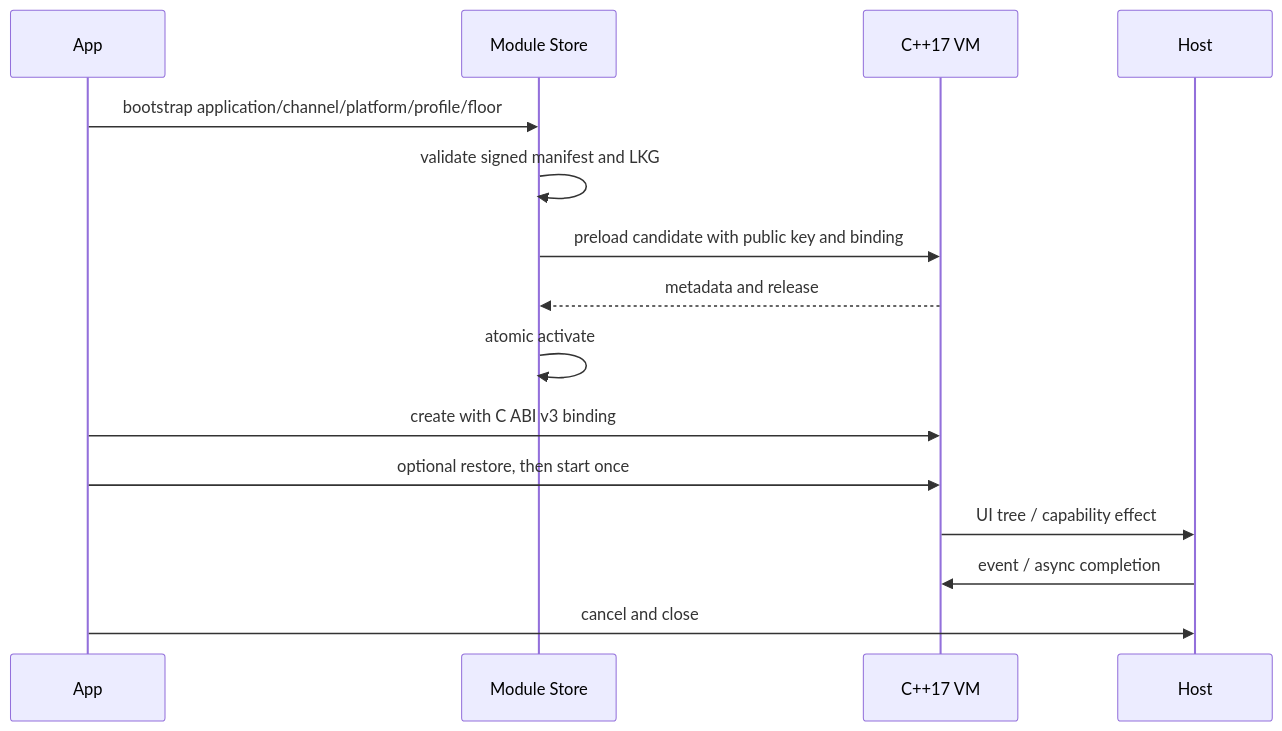
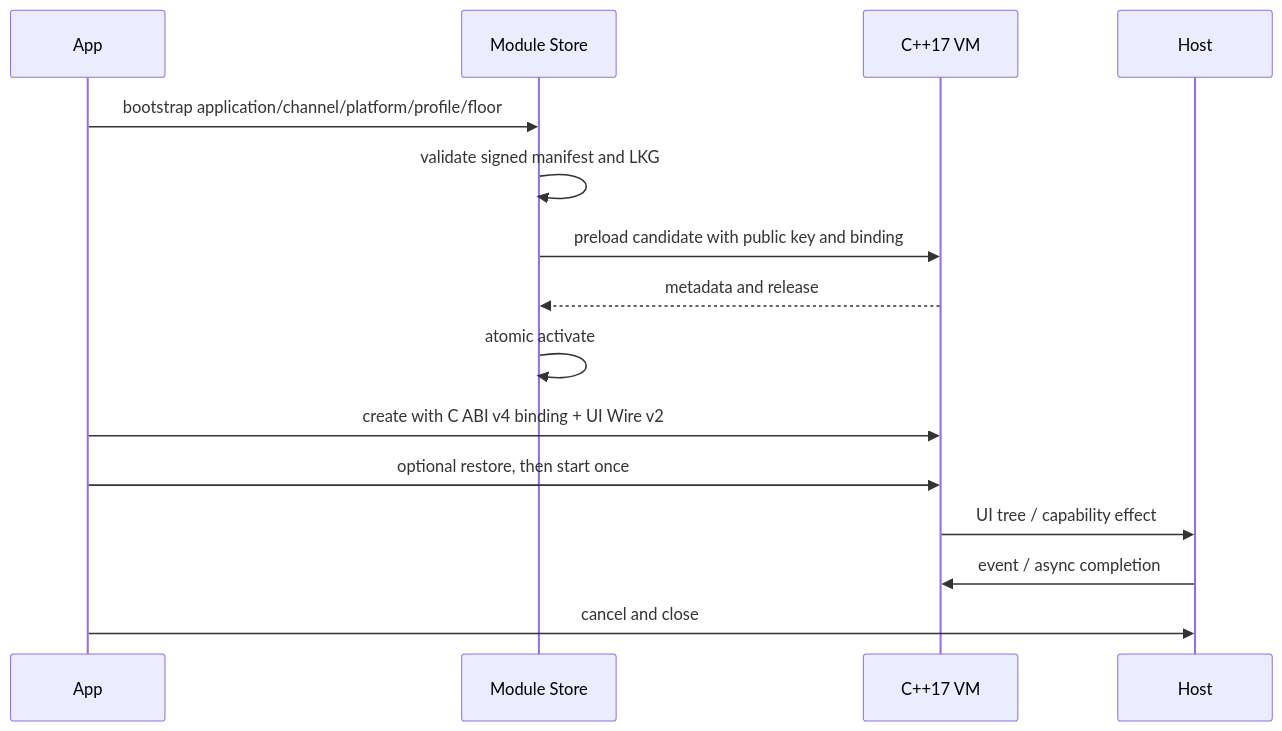
One commit to kairowan/PVM-Runtime changed the diagram in docs/PLATFORM_INTEGRATION.md. Above: the diagram before and after it, drawn with Mermaid. The commit also changed other lines of this file and 46 other files, not shown here.

````diff
--- a/docs/PLATFORM_INTEGRATION.md
+++ b/docs/PLATFORM_INTEGRATION.md
@@ -17,18 +17,18 @@
 ```mermaid
 sequenceDiagram
     participant App
     participant Store as Module Store
     participant VM as C++17 VM
     participant Host
 
     App->>Store: bootstrap application/channel/platform/profile/floor
     Store->>Store: validate signed manifest and LKG
     Store->>VM: preload candidate with public key and binding
     VM-->>Store: metadata and release
     Store->>Store: atomic activate
-    App->>VM: create with C ABI v3 binding
+    App->>VM: create with C ABI v4 binding + UI Wire v2
     App->>VM: optional restore, then start once
     VM->>Host: UI tree / capability effect
     Host->>VM: event / async completion
     App->>Host: cancel and close
 ```
````
